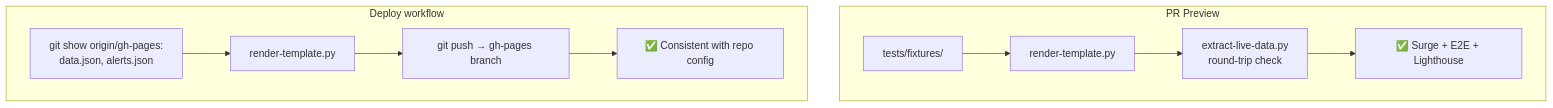
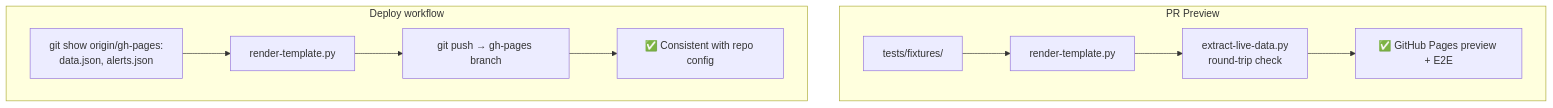
One commit to yoyonel/rpi-internet-monitoring changed the fifth of 5 diagrams in docs/ci-cd-pipeline.md. Above: the diagram before and after it, drawn with Mermaid. The commit also changed other lines of this file, not shown here.

First line of the commit message:
docs: update CI/CD pipeline doc for GitHub Pages PR preview

````diff
--- a/docs/ci-cd-pipeline.md
+++ b/docs/ci-cd-pipeline.md
@@ -70,14 +70,14 @@
 ```mermaid
 graph TD
     subgraph "PR Preview"
         A1[tests/fixtures/] --> A2[render-template.py]
         A2 --> A3[extract-live-data.py<br/>round-trip check]
-        A3 --> A4[✅ Surge + E2E + Lighthouse]
+        A3 --> A4[✅ GitHub Pages preview + E2E]
     end
 
     subgraph "Deploy workflow"
         B1[git show origin/gh-pages:<br/>data.json, alerts.json] --> B2[render-template.py]
         B2 --> B3[git push → gh-pages branch]
         B3 --> B4[✅ Consistent with repo config]
     end
 ```
````
